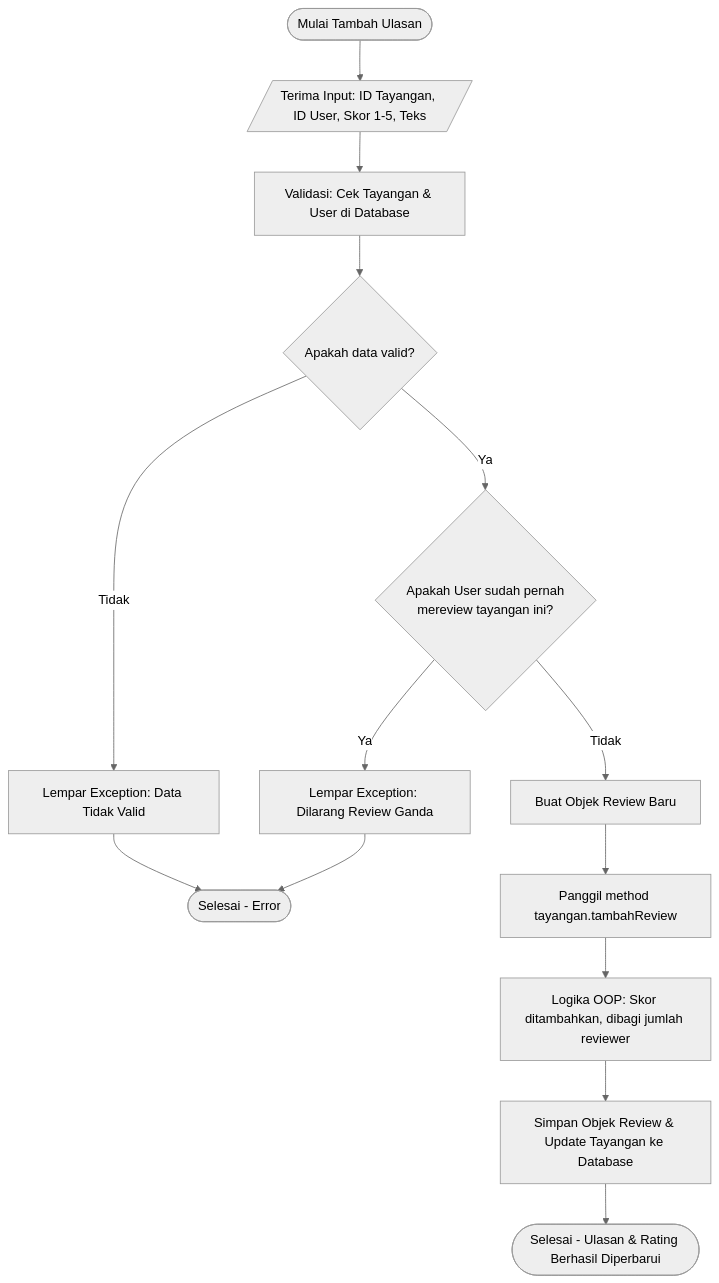
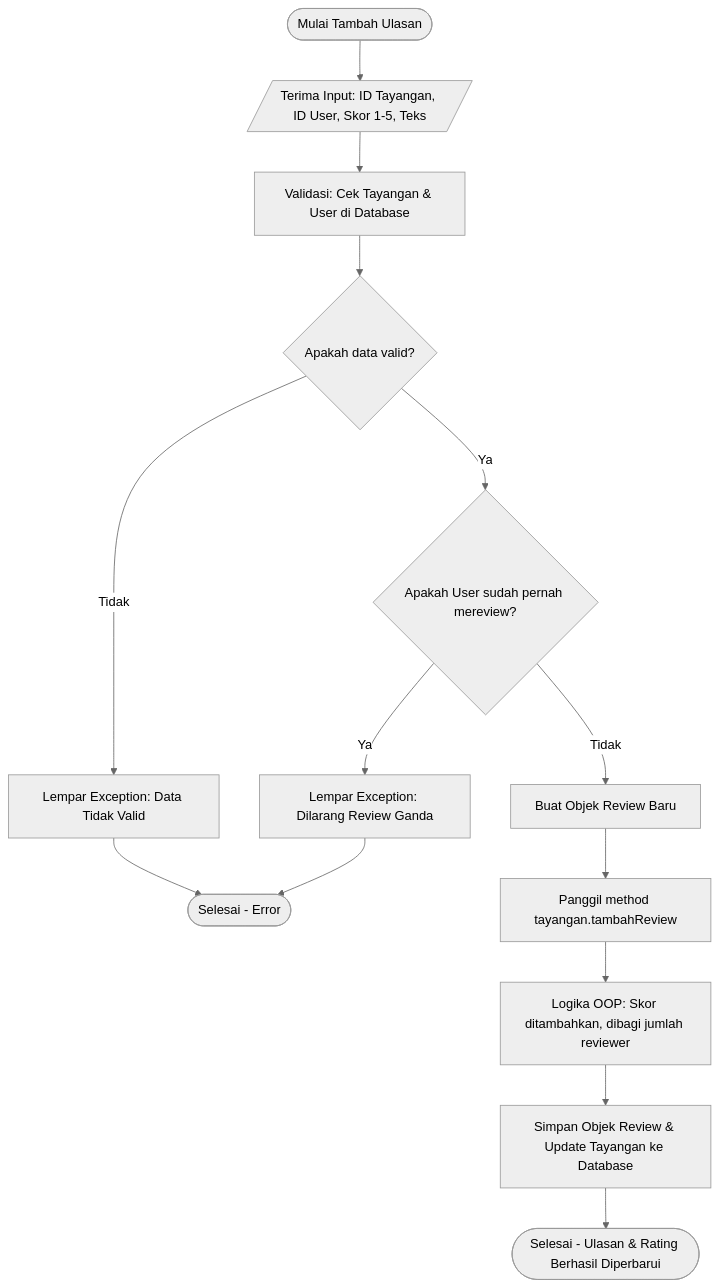
Before and after one commit to kemalzaki/AbsoluteCinema: the third of 3 diagrams in README.md, drawn with Mermaid (neutral theme). The commit also changed other lines of this file and 3 other files, not shown here.

````diff
--- a/README.md
+++ b/README.md
@@ -85,16 +101,16 @@
 ```mermaid
 flowchart TD
     A([Mulai Tambah Ulasan]) --> B[/Terima Input: ID Tayangan, ID User, Skor 1-5, Teks/]
     B --> C[Validasi: Cek Tayangan & User di Database]
     C --> D{Apakah data valid?}
     D -- Tidak --> E[Lempar Exception: Data Tidak Valid]
-    D -- Ya --> F{Apakah User sudah pernah \n mereview tayangan ini?}
+    D -- Ya --> F{Apakah User sudah pernah mereview?}
     F -- Ya --> G[Lempar Exception: Dilarang Review Ganda]
     F -- Tidak --> H[Buat Objek Review Baru]
     H --> I[Panggil method tayangan.tambahReview]
     I --> J[Logika OOP: Skor ditambahkan, dibagi jumlah reviewer]
     J --> K[Simpan Objek Review & Update Tayangan ke Database]
     K --> L([Selesai - Ulasan & Rating Berhasil Diperbarui])
     E --> M([Selesai - Error])
     G --> M
 ```
````
